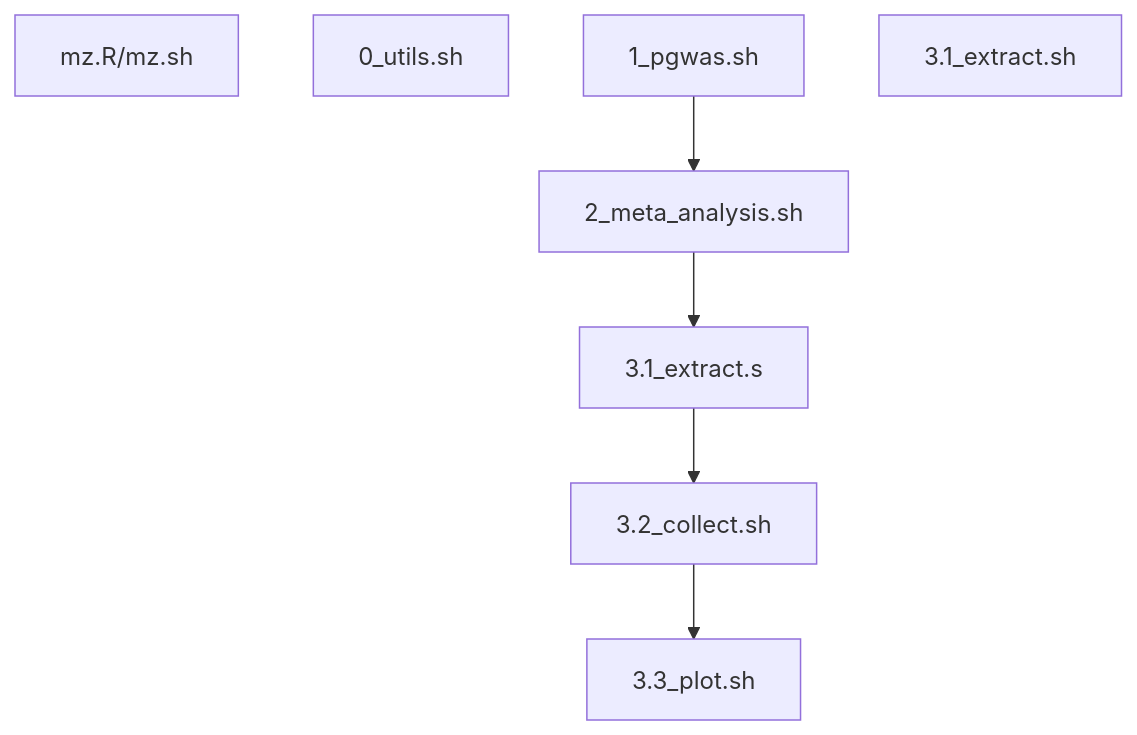
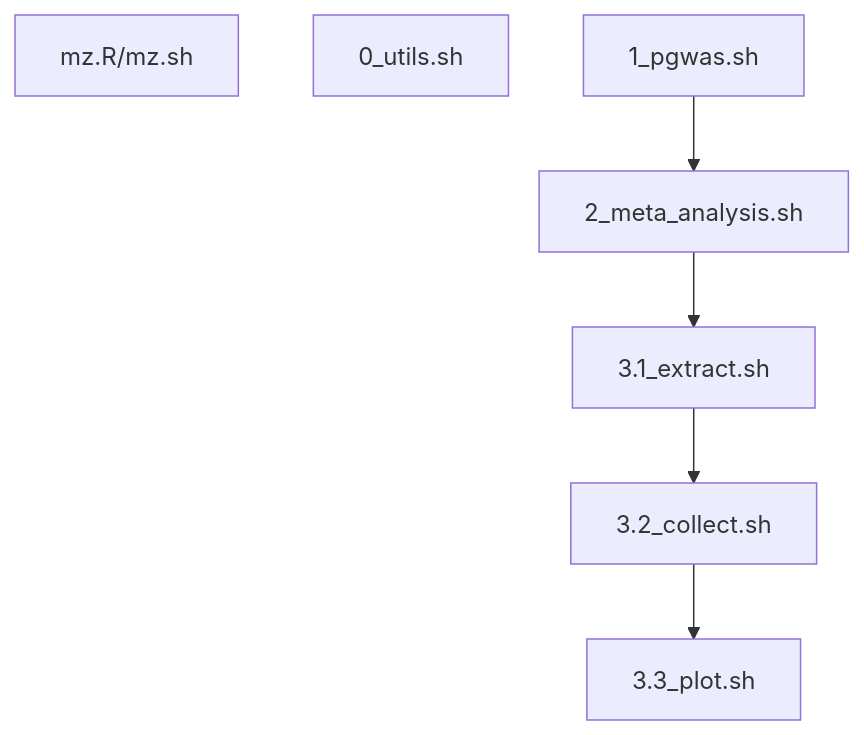
One commit to jinghuazhao/Caprion changed the diagram in peptide_progs/README.md. Above: the diagram before and after it, drawn with Mermaid.

Commit message:
Analysis

````diff
--- a/peptide_progs/README.md
+++ b/peptide_progs/README.md
@@ -9,11 +9,11 @@
 ```mermaid
 graph TD;
 mz.R/mz.sh
 0_utils.sh
 1_pgwas.sh
 2_meta_analysis.sh
 3.1_extract.sh
 3.2_collect.sh
 3.3_plot.sh
-1_pgwas.sh --> 2_meta_analysis.sh --> 3.1_extract.s --> 3.2_collect.sh --> 3.3_plot.sh
+1_pgwas.sh --> 2_meta_analysis.sh --> 3.1_extract.sh --> 3.2_collect.sh --> 3.3_plot.sh
 ```
````
